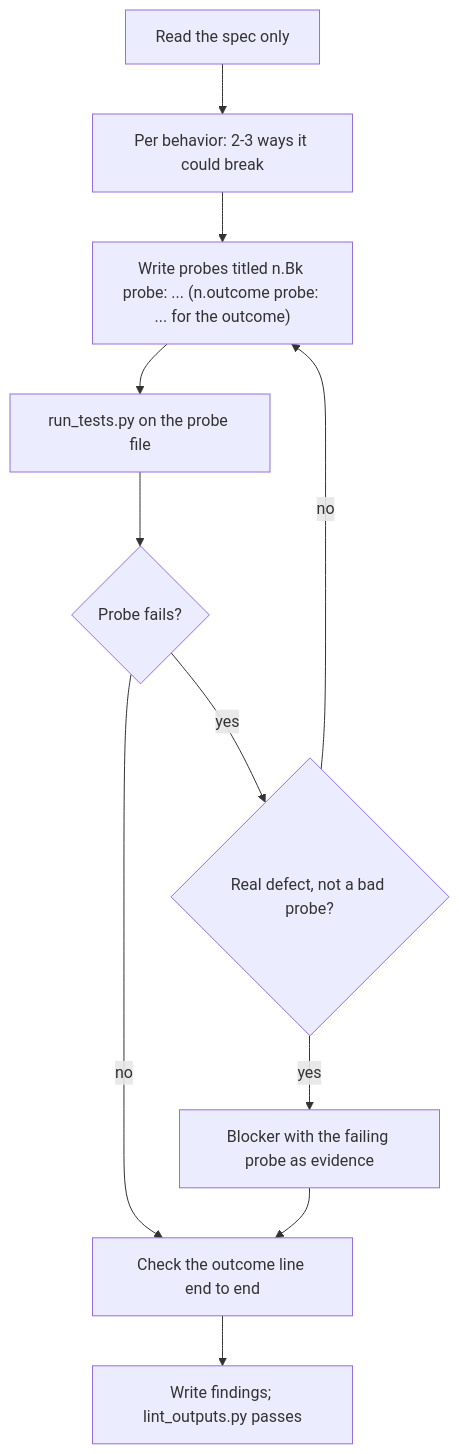
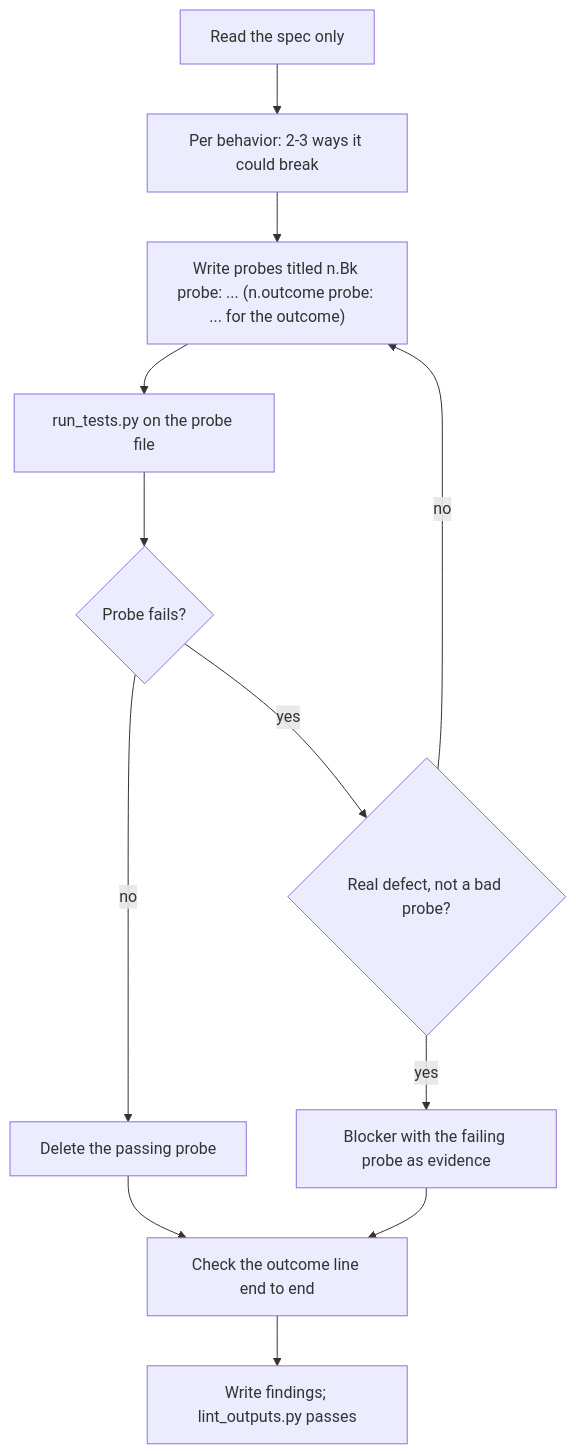
Before and after one commit to nateshernandez/skills: the diagram in skills/verify-spec/SKILL.md, drawn with Mermaid. The commit also changed other lines of this file and 29 other files, not shown here.

````diff
--- a/skills/verify-spec/SKILL.md
+++ b/skills/verify-spec/SKILL.md
@@ -25,12 +25,12 @@
 ```mermaid
 flowchart TD
   A["Read the spec only"] --> B["Per behavior: 2-3 ways it could break"]
   B --> C["Write probes titled n.Bk probe: ... (n.outcome probe: ... for the outcome)"]
   C --> D["run_tests.py on the probe file"]
   D --> E{"Probe fails?"}
   E -- yes --> F{"Real defect, not a bad probe?"}
   F -- no --> C
   F -- yes --> G["Blocker with the failing probe as evidence"]
-  E -- no --> H["Check the outcome line end to end"]
+  E -- no --> D2["Delete the passing probe"] --> H["Check the outcome line end to end"]
   G --> H --> I["Write findings; lint_outputs.py passes"]
 ```
````
